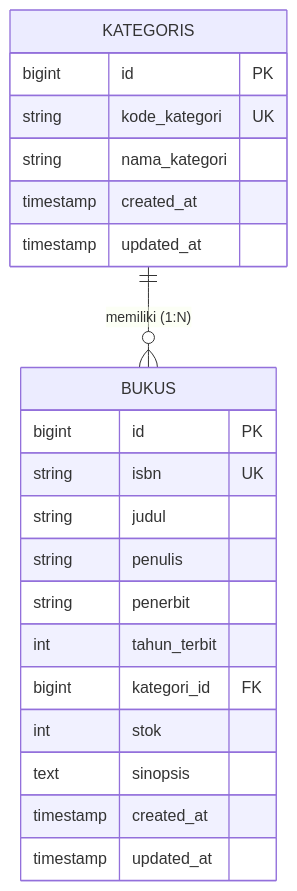
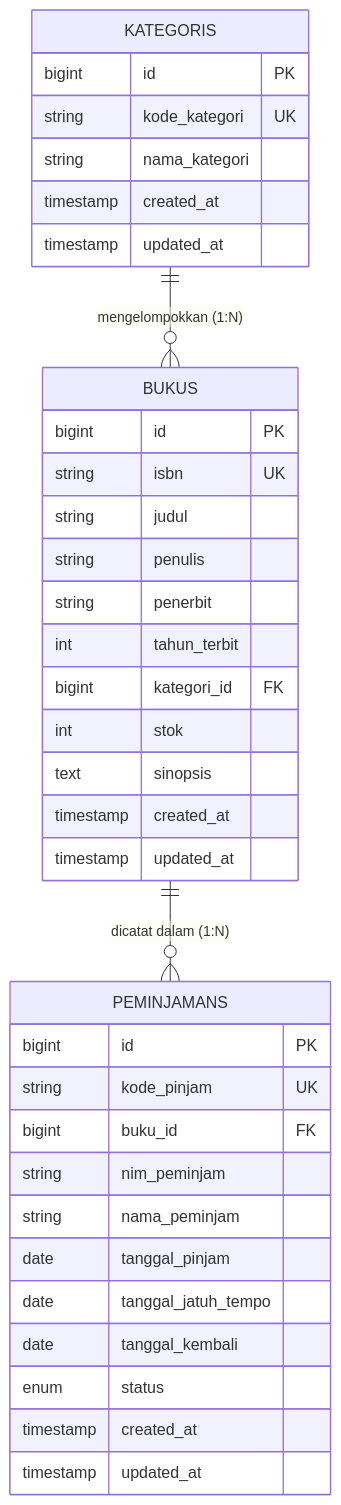
One commit to ChoqySirait/ppw-2026-week5-12S24012 changed the first of 2 diagrams in README.md. Above: the diagram before and after it, drawn with Mermaid. The commit also changed other lines of this file and 1 other file, not shown here.

````diff
--- a/README.md
+++ b/README.md
@@ -105,25 +45,41 @@
 ```mermaid
 erDiagram
-    KATEGORIS ||--o{ BUKUS : "memiliki (1:N)"
-    KATEGORIS {
-        bigint id PK
-        string kode_kategori UK
-        string nama_kategori
-        timestamp created_at
-        timestamp updated_at
-    }
-    BUKUS {
-        bigint id PK
-        string isbn UK
-        string judul
-        string penulis
-        string penerbit
-        int tahun_terbit
-        bigint kategori_id FK
-        int stok
-        text sinopsis
-        timestamp created_at
-        timestamp updated_at
-    }
+	KATEGORIS ||--o{ BUKUS : "mengelompokkan (1:N)"
+	BUKUS ||--o{ PEMINJAMANS : "dicatat dalam (1:N)"
 
+	KATEGORIS {
+		bigint id PK
+		string kode_kategori UK
+		string nama_kategori
+		timestamp created_at
+		timestamp updated_at
+	}
+
+	BUKUS {
+		bigint id PK
+		string isbn UK
+		string judul
+		string penulis
+		string penerbit
+		int tahun_terbit
+		bigint kategori_id FK
+		int stok
+		text sinopsis
+		timestamp created_at
+		timestamp updated_at
+	}
+
+	PEMINJAMANS {
+		bigint id PK
+		string kode_pinjam UK
+		bigint buku_id FK
+		string nim_peminjam
+		string nama_peminjam
+		date tanggal_pinjam
+		date tanggal_jatuh_tempo
+		date tanggal_kembali
+		enum status
+		timestamp created_at
+		timestamp updated_at
+	}
 ```
````
